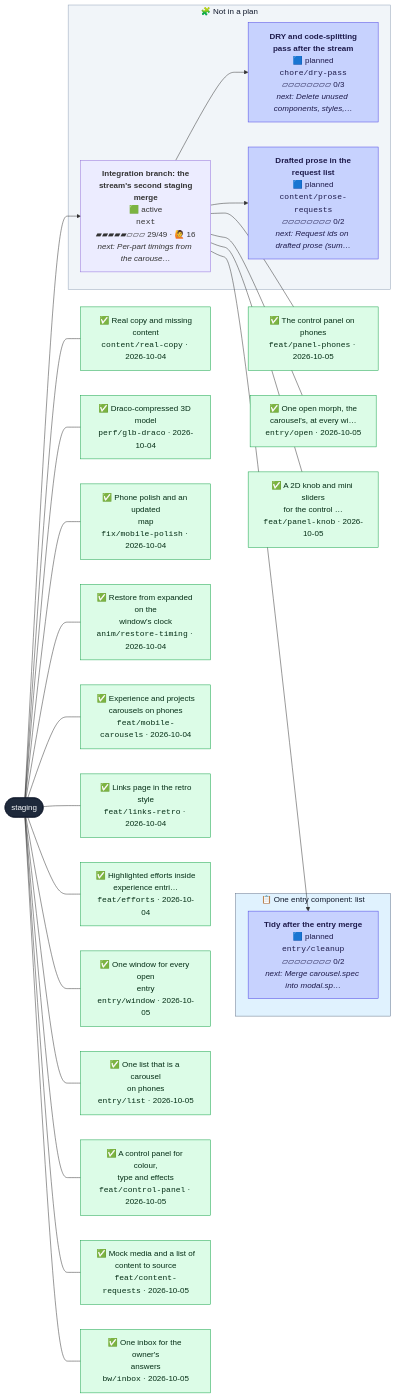
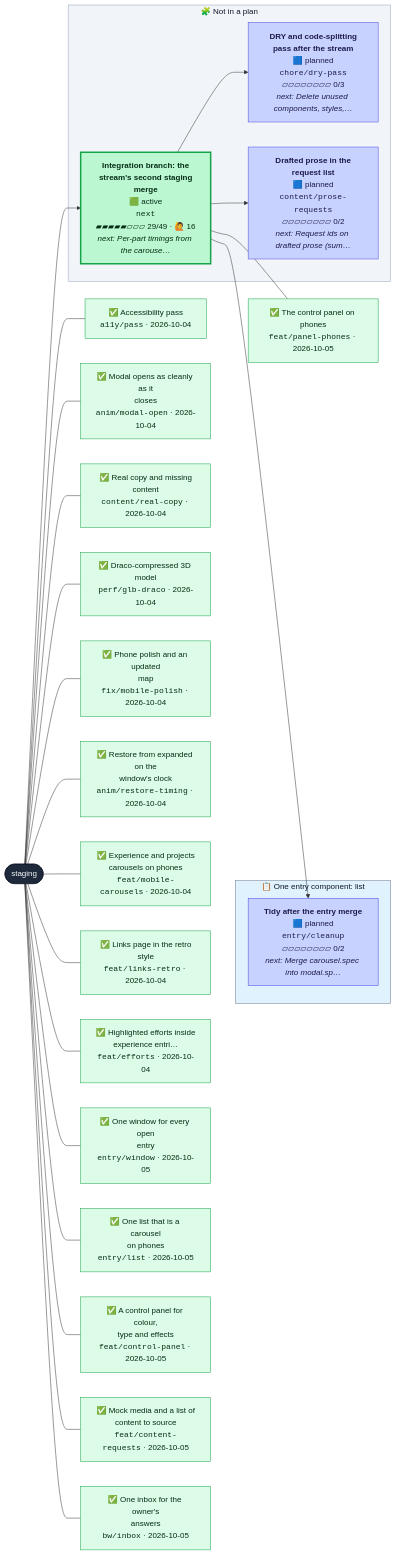
One commit to henryjonescodes/portfolio changed the second of 2 diagrams in CONTRIBUTING.md. Above: the diagram before and after it, drawn with Mermaid. The commit also changed other lines of this file and 1 other file, not shown here.

````diff
--- a/CONTRIBUTING.md
+++ b/CONTRIBUTING.md
@@ -63,77 +63,77 @@
 ```mermaid
 flowchart LR
   n_staging([staging])
   class n_staging trunk
   subgraph plan_0["📋 One entry component: list"]
     n_entry_cleanup["<b>Tidy after the entry merge</b><br/>🟦 planned<br/><code>entry/cleanup</code><br/>▱▱▱▱▱▱▱▱ 0/2<br/><i>next: Merge carousel.spec into modal.sp…</i>"]
     class n_entry_cleanup planned
   end
   style plan_0 fill:#e0f2fe,stroke:#64748b,color:#0f172a
   subgraph loose["🧩 Not in a plan"]
     n_chore_dry_pass["<b>DRY and code-splitting<br/>pass after the stream</b><br/>🟦 planned<br/><code>chore/dry-pass</code><br/>▱▱▱▱▱▱▱▱ 0/3<br/><i>next: Delete unused components, styles,…</i>"]
     class n_chore_dry_pass planned
     n_content_prose_requests["<b>Drafted prose in the<br/>request list</b><br/>🟦 planned<br/><code>content/prose-requests</code><br/>▱▱▱▱▱▱▱▱ 0/2<br/><i>next: Request ids on drafted prose (sum…</i>"]
     class n_content_prose_requests planned
     n_next["<b>Integration branch: the<br/>stream's second staging<br/>merge</b><br/>🟩 active<br/><code>next</code><br/>▰▰▰▰▰▱▱▱ 29/49 · 🙋 16<br/><i>next: Per-part timings from the carouse…</i>"]
-    class n_next active,current
+    class n_next active
   end
   style loose fill:#f1f5f9,stroke:#94a3b8,color:#0f172a
   n_next --> n_chore_dry_pass
   n_next --> n_content_prose_requests
   n_next --> n_entry_cleanup
   n_staging --> n_next
-  landed_0["✅ Real copy and missing<br/>content<br/><code>content/real-copy</code> · 2026-10-04"]
+  landed_0["✅ Accessibility pass<br/><code>a11y/pass</code> · 2026-10-04"]
   class landed_0 merged
   n_staging --- landed_0
-  landed_1["✅ Draco-compressed 3D model<br/><code>perf/glb-draco</code> · 2026-10-04"]
+  landed_1["✅ Modal opens as cleanly as it<br/>closes<br/><code>anim/modal-open</code> · 2026-10-04"]
   class landed_1 merged
   n_staging --- landed_1
-  landed_2["✅ Phone polish and an updated<br/>map<br/><code>fix/mobile-polish</code> · 2026-10-04"]
+  landed_2["✅ Real copy and missing<br/>content<br/><code>content/real-copy</code> · 2026-10-04"]
   class landed_2 merged
   n_staging --- landed_2
-  landed_3["✅ Restore from expanded on the<br/>window's clock<br/><code>anim/restore-timing</code> · 2026-10-04"]
+  landed_3["✅ Draco-compressed 3D model<br/><code>perf/glb-draco</code> · 2026-10-04"]
   class landed_3 merged
   n_staging --- landed_3
-  landed_4["✅ Experience and projects<br/>carousels on phones<br/><code>feat/mobile-carousels</code> · 2026-10-04"]
+  landed_4["✅ Phone polish and an updated<br/>map<br/><code>fix/mobile-polish</code> · 2026-10-04"]
   class landed_4 merged
   n_staging --- landed_4
-  landed_5["✅ Links page in the retro<br/>style<br/><code>feat/links-retro</code> · 2026-10-04"]
+  landed_5["✅ Restore from expanded on the<br/>window's clock<br/><code>anim/restore-timing</code> · 2026-10-04"]
   class landed_5 merged
   n_staging --- landed_5
-  landed_6["✅ Highlighted efforts inside<br/>experience entri…<br/><code>feat/efforts</code> · 2026-10-04"]
+  landed_6["✅ Experience and projects<br/>carousels on phones<br/><code>feat/mobile-carousels</code> · 2026-10-04"]
   class landed_6 merged
   n_staging --- landed_6
-  landed_7["✅ One window for every open<br/>entry<br/><code>entry/window</code> · 2026-10-05"]
+  landed_7["✅ Links page in the retro<br/>style<br/><code>feat/links-retro</code> · 2026-10-04"]
   class landed_7 merged
   n_staging --- landed_7
-  landed_8["✅ One list that is a carousel<br/>on phones<br/><code>entry/list</code> · 2026-10-05"]
+  landed_8["✅ Highlighted efforts inside<br/>experience entri…<br/><code>feat/efforts</code> · 2026-10-04"]
   class landed_8 merged
   n_staging --- landed_8
-  landed_9["✅ A control panel for colour,<br/>type and effects<br/><code>feat/control-panel</code> · 2026-10-05"]
+  landed_9["✅ One window for every open<br/>entry<br/><code>entry/window</code> · 2026-10-05"]
   class landed_9 merged
   n_staging --- landed_9
-  landed_10["✅ Mock media and a list of<br/>content to source<br/><code>feat/content-requests</code> · 2026-10-05"]
+  landed_10["✅ One list that is a carousel<br/>on phones<br/><code>entry/list</code> · 2026-10-05"]
   class landed_10 merged
   n_staging --- landed_10
-  landed_11["✅ One inbox for the owner's<br/>answers<br/><code>bw/inbox</code> · 2026-10-05"]
+  landed_11["✅ A control panel for colour,<br/>type and effects<br/><code>feat/control-panel</code> · 2026-10-05"]
   class landed_11 merged
   n_staging --- landed_11
-  landed_12["✅ The control panel on phones<br/><code>feat/panel-phones</code> · 2026-10-05"]
+  landed_12["✅ Mock media and a list of<br/>content to source<br/><code>feat/content-requests</code> · 2026-10-05"]
   class landed_12 merged
-  n_next --- landed_12
-  landed_13["✅ One open morph, the<br/>carousel's, at every wi…<br/><code>entry/open</code> · 2026-10-05"]
+  n_staging --- landed_12
+  landed_13["✅ One inbox for the owner's<br/>answers<br/><code>bw/inbox</code> · 2026-10-05"]
   class landed_13 merged
-  n_next --- landed_13
-  landed_14["✅ A 2D knob and mini sliders<br/>for the control …<br/><code>feat/panel-knob</code> · 2026-10-05"]
+  n_staging --- landed_13
+  landed_14["✅ The control panel on phones<br/><code>feat/panel-phones</code> · 2026-10-05"]
   class landed_14 merged
   n_next --- landed_14
   classDef merged fill:#dcfce7,stroke:#16a34a,color:#052e16
   classDef todo fill:#ffffff,stroke:#94a3b8,stroke-dasharray:2 2,color:#334155
   classDef planned fill:#c7d2fe,stroke:#4f46e5,color:#1e1b4b
   classDef sketched fill:#f8fafc,stroke:#64748b,stroke-dasharray:4 3,color:#334155
   classDef active fill:#bbf7d0,stroke:#16a34a,stroke-width:3px,color:#052e16
   classDef review fill:#fde68a,stroke:#d97706,stroke-width:3px,color:#451a03
   classDef blocked fill:#fecaca,stroke:#dc2626,stroke-width:3px,color:#450a0a
   classDef trunk fill:#1e293b,stroke:#0f172a,color:#f8fafc
   classDef current stroke:#0ea5e9,stroke-width:5px
 ```
````
